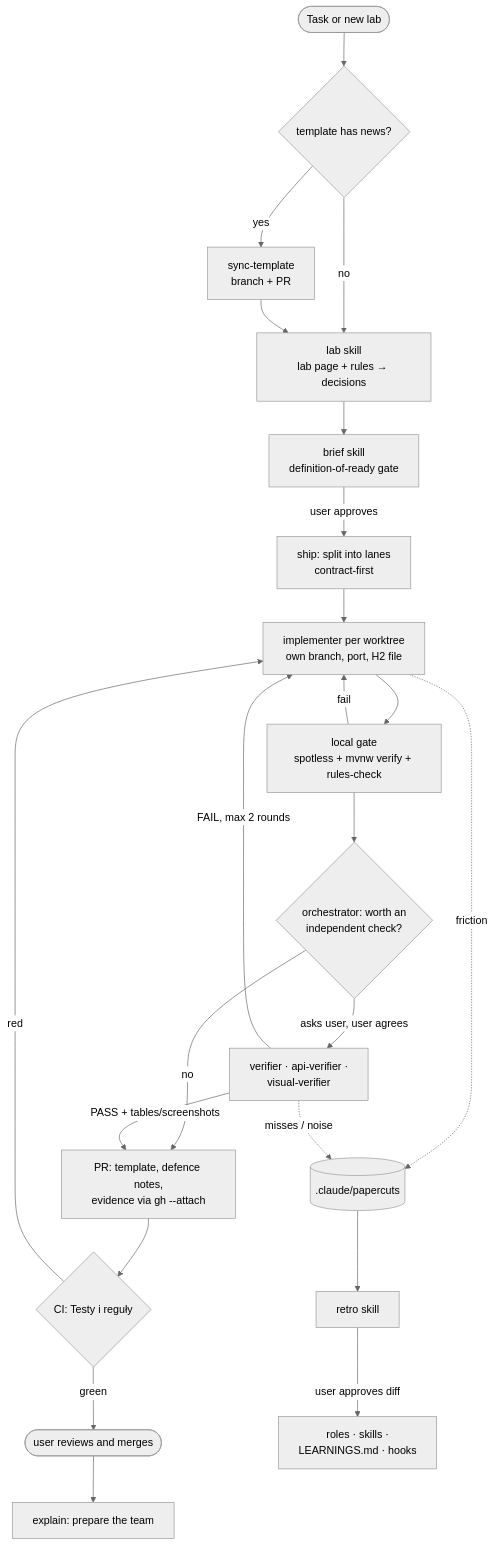
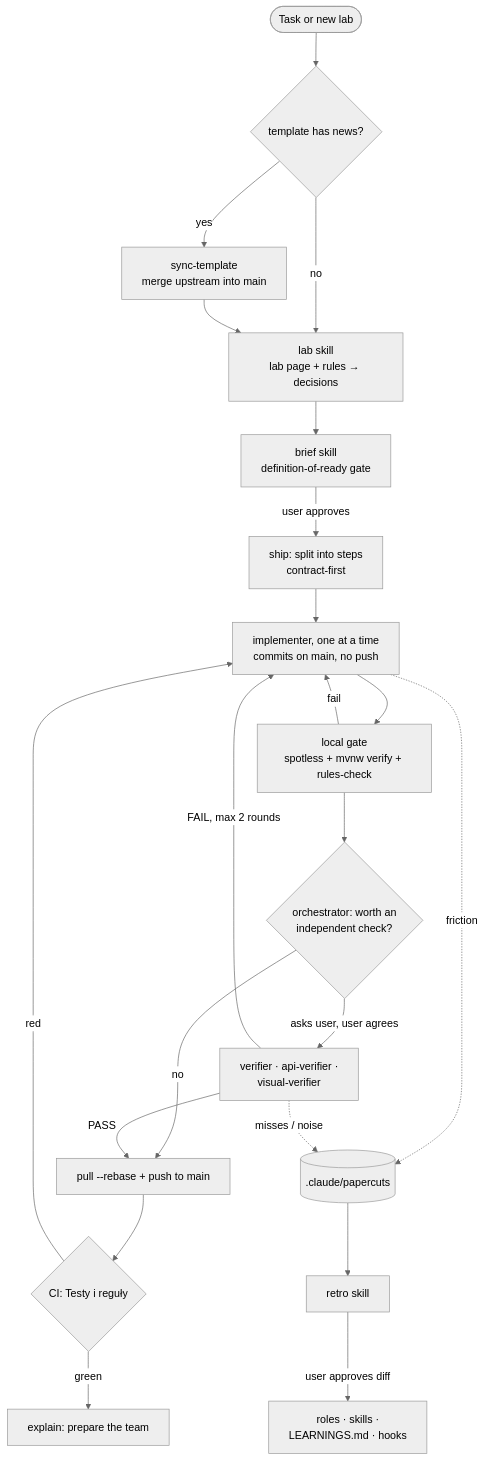
The diagram in .agents/README.md (alojzy231/WdTB-2026-Backend-spizarnia), drawn with Mermaid (neutral theme) before and after one commit. The commit also changed other lines of this file and 22 other files, not shown here.

````diff
--- a/.agents/README.md
+++ b/.agents/README.md
@@ -17,26 +16,25 @@
 ```mermaid
 flowchart TD
     idea([Task or new lab]) --> sync{template has news?}
-    sync -->|yes| synct[sync-template<br/>branch + PR]
+    sync -->|yes| synct[sync-template<br/>merge upstream into main]
     sync -->|no| lab
     synct --> lab[lab skill<br/>lab page + rules → decisions]
     lab --> brief[brief skill<br/>definition-of-ready gate]
-    brief -->|user approves| split[ship: split into lanes<br/>contract-first]
-    split --> lanes[implementer per worktree<br/>own branch, port, H2 file]
-    lanes --> gate[local gate<br/>spotless + mvnw verify + rules-check]
-    gate -->|fail| lanes
+    brief -->|user approves| split[ship: split into steps<br/>contract-first]
+    split --> impl[implementer, one at a time<br/>commits on main, no push]
+    impl --> gate[local gate<br/>spotless + mvnw verify + rules-check]
+    gate -->|fail| impl
     gate --> ask{orchestrator: worth an<br/>independent check?}
     ask -->|asks user, user agrees| verifiers[verifier · api-verifier ·<br/>visual-verifier]
-    verifiers -->|FAIL, max 2 rounds| lanes
-    ask -->|no| pr
-    verifiers -->|PASS + tables/screenshots| pr[PR: template, defence notes,<br/>evidence via gh --attach]
-    pr --> ci{CI: Testy i reguły}
-    ci -->|red| lanes
-    ci -->|green| human([user reviews and merges])
-    human --> explain[explain: prepare the team]
+    verifiers -->|FAIL, max 2 rounds| impl
+    ask -->|no| push
+    verifiers -->|PASS| push[pull --rebase + push to main]
+    push --> ci{CI: Testy i reguły}
+    ci -->|red| impl
+    ci -->|green| explain[explain: prepare the team]
 
-    lanes -. friction .-> papercuts[(.claude/papercuts)]
+    impl -. friction .-> papercuts[(.claude/papercuts)]
     verifiers -. misses / noise .-> papercuts
     papercuts --> retro[retro skill]
     retro -->|user approves diff| rules[roles · skills ·<br/>LEARNINGS.md · hooks]
 ```
````
